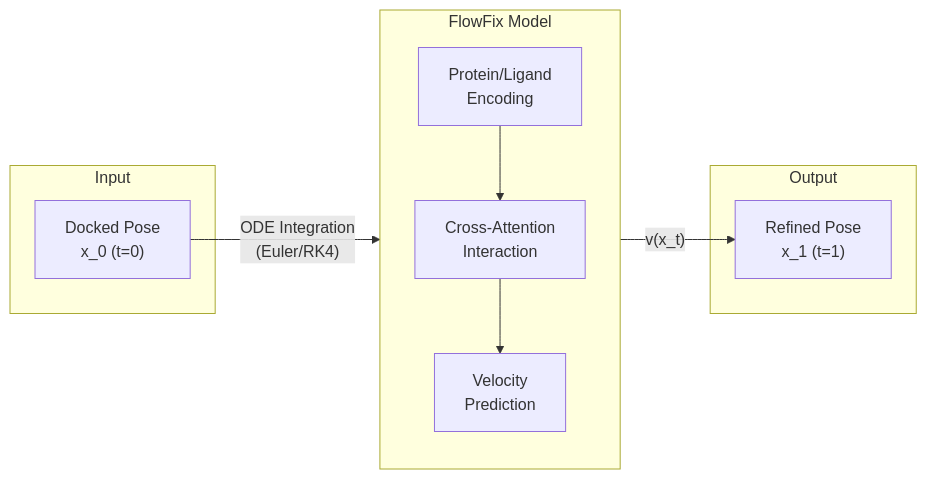
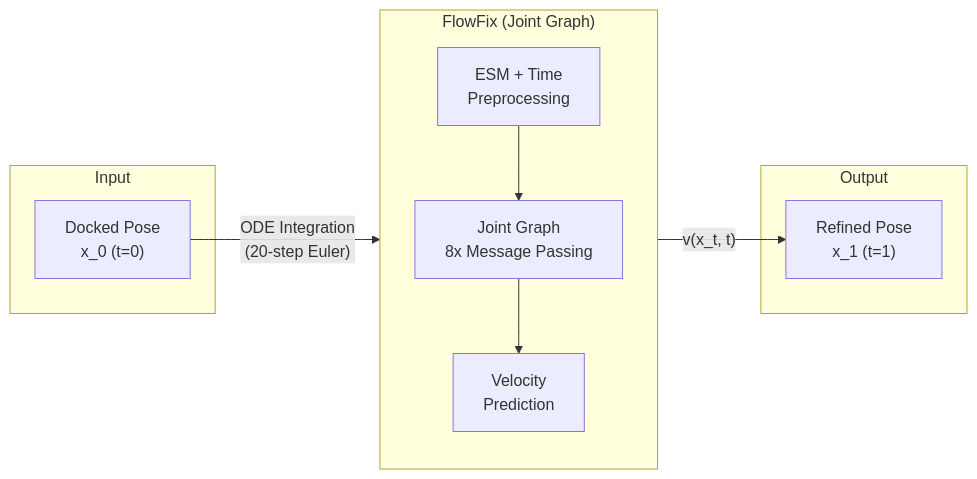
Before and after one commit to eightmm/FlowFix: the first of 7 diagrams in reports/architecture.md, drawn with Mermaid. The commit also changed other lines of this file and 2 other files, not shown here.

First line of the commit message:
Fix architecture docs to match trained model (joint graph, not cross-attention)

````diff
--- a/reports/architecture.md
+++ b/reports/architecture.md
@@ -16,20 +18,20 @@
 ```mermaid
 flowchart LR
     subgraph input["Input"]
         X0["Docked Pose<br/>x_0 (t=0)"]
     end
 
-    subgraph model["FlowFix Model"]
+    subgraph model["FlowFix (Joint Graph)"]
         direction TB
-        ENC["Protein/Ligand<br/>Encoding"]
-        INT["Cross-Attention<br/>Interaction"]
+        PREP["ESM + Time<br/>Preprocessing"]
+        JOINT["Joint Graph<br/>8x Message Passing"]
         VEL["Velocity<br/>Prediction"]
-        ENC --> INT --> VEL
+        PREP --> JOINT --> VEL
     end
 
     subgraph output["Output"]
         X1["Refined Pose<br/>x_1 (t=1)"]
     end
 
-    X0 -->|"ODE Integration<br/>(Euler/RK4)"| model -->|"v(x_t)"| X1
+    X0 -->|"ODE Integration<br/>(20-step Euler)"| model -->|"v(x_t, t)"| X1
 ```
````
